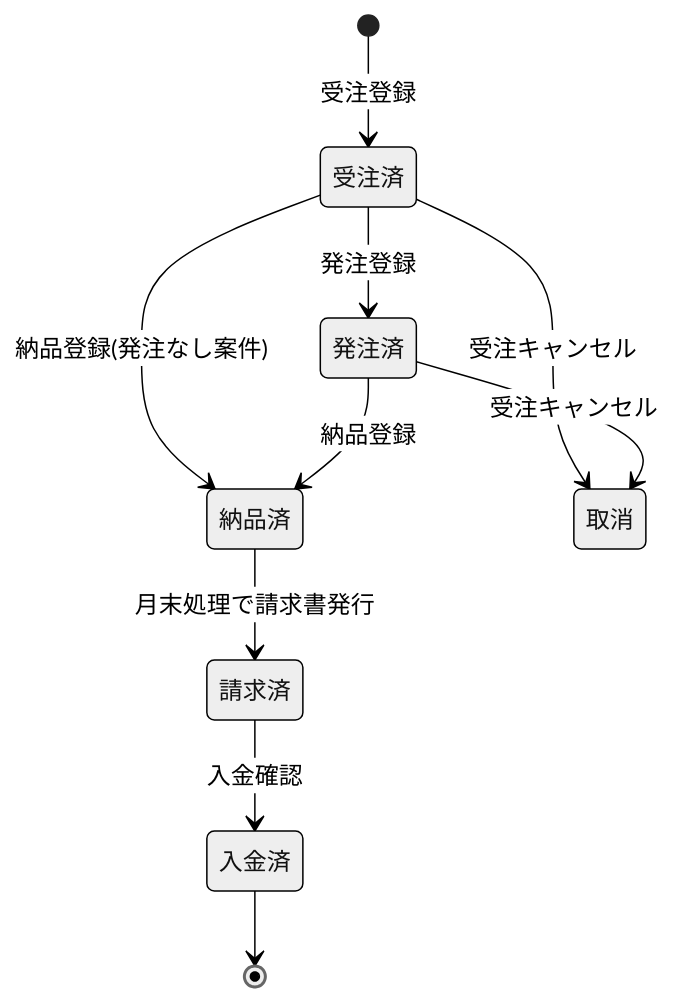
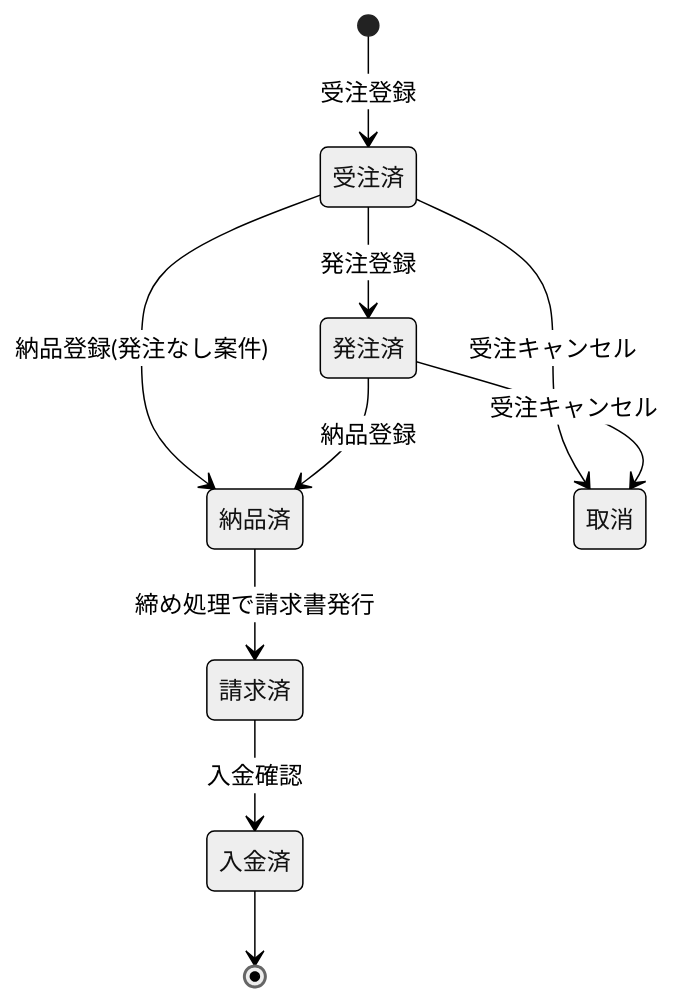
Before and after one commit to yuichi4107-lab/ClaudeCode: the second of 3 diagrams in docs/sales_management/01_要件定義書.md, drawn with Mermaid (neutral theme). The commit also changed other lines of this file and 4 other files, not shown here.

````diff
--- a/docs/sales_management/01_要件定義書.md
+++ b/docs/sales_management/01_要件定義書.md
@@ -68,12 +69,12 @@
 ```mermaid
 stateDiagram-v2
     [*] --> 受注済: 受注登録
     受注済 --> 発注済: 発注登録
     受注済 --> 納品済: 納品登録(発注なし案件)
     発注済 --> 納品済: 納品登録
-    納品済 --> 請求済: 月末処理で請求書発行
+    納品済 --> 請求済: 締め処理で請求書発行
     請求済 --> 入金済: 入金確認
     入金済 --> [*]
     受注済 --> 取消: 受注キャンセル
     発注済 --> 取消: 受注キャンセル
 ```
````
